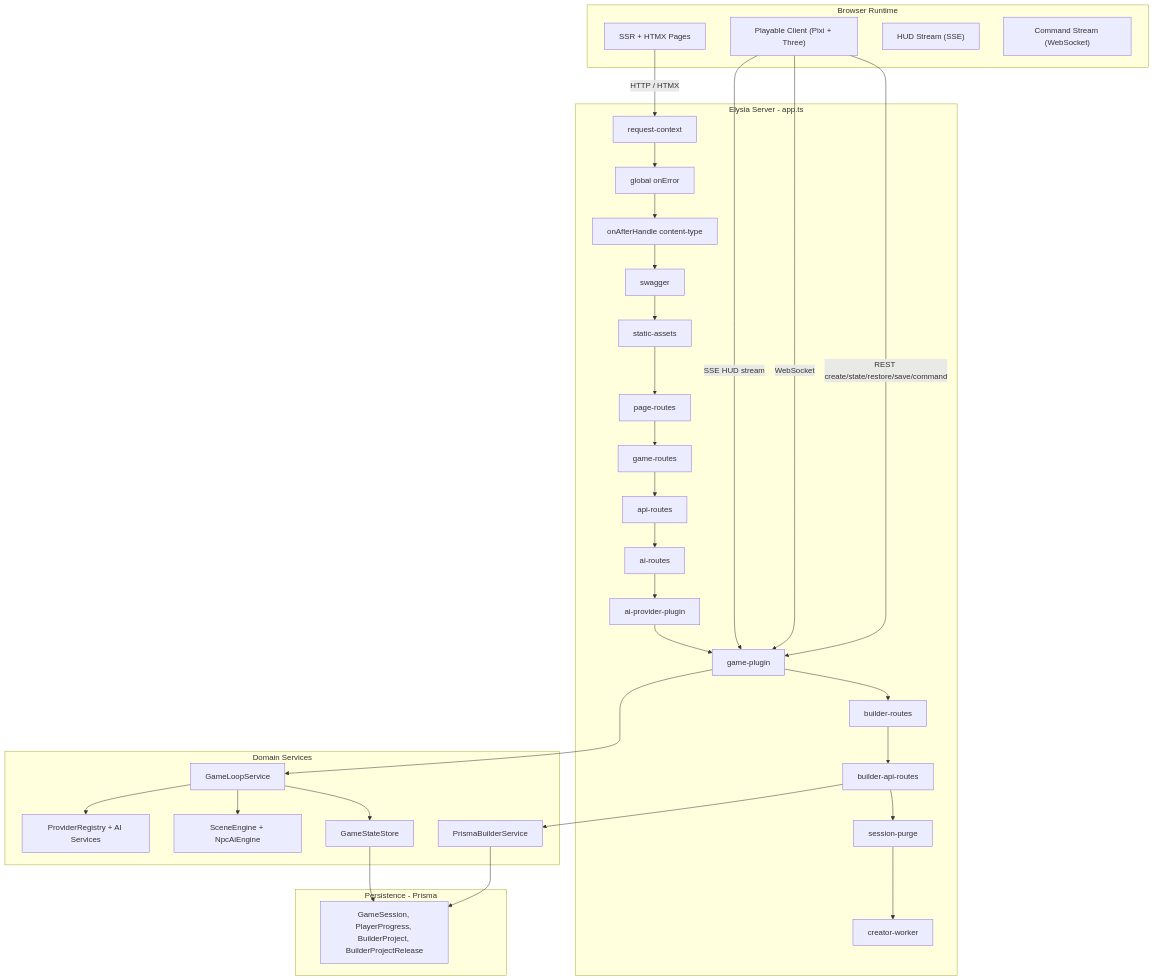
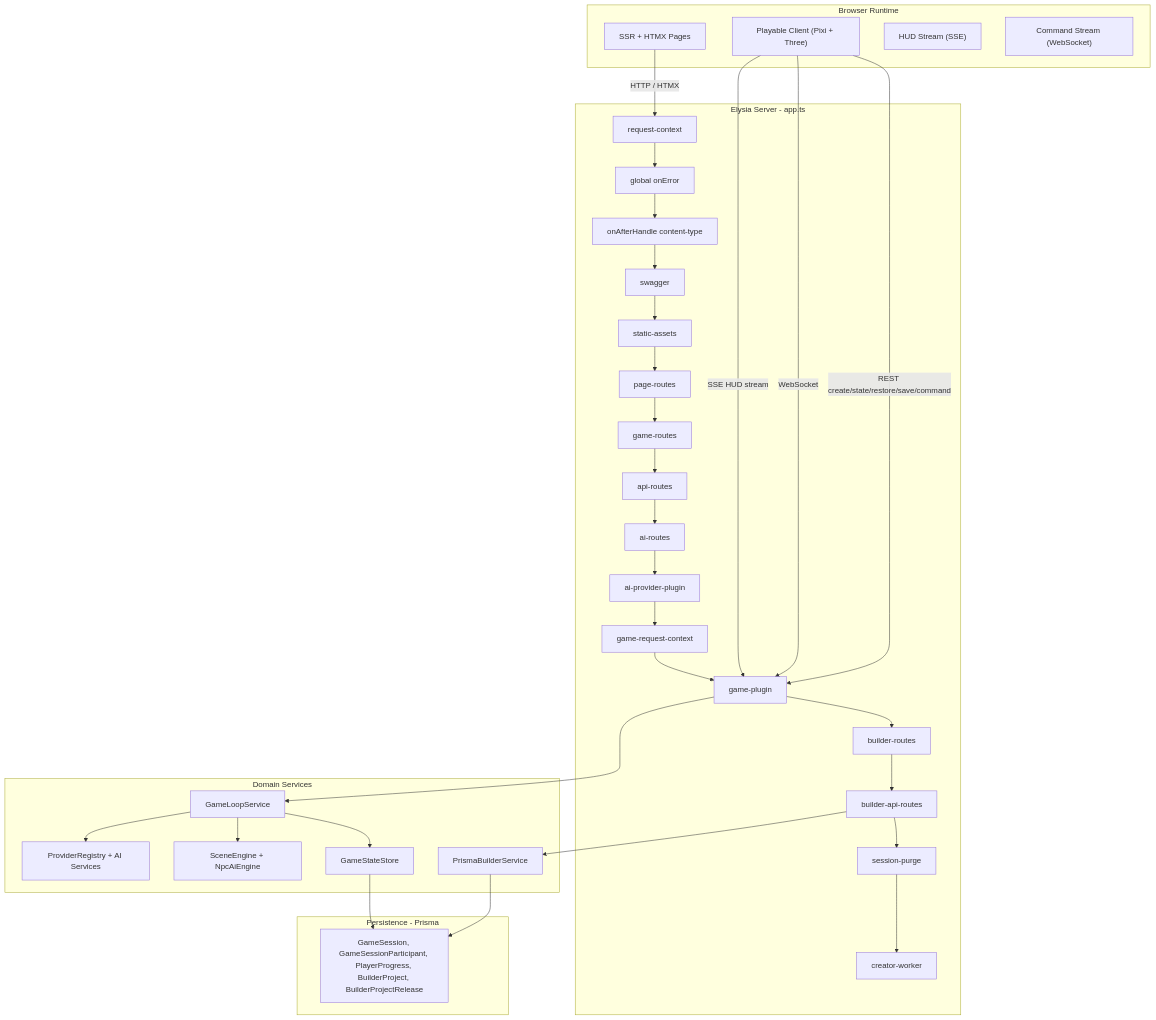
One commit to d4551/tea changed the first of 13 diagrams in README.md. Above: the diagram before and after it, drawn with Mermaid. The commit also changed other lines of this file and 11 other files, not shown here.

Commit message:
Add multiplayer presence and sync architecture docs

````diff
--- a/README.md
+++ b/README.md
@@ -149,52 +153,53 @@
 ```mermaid
 graph TB
   subgraph Browser["Browser Runtime"]
     SSR["SSR + HTMX Pages"]
     CLIENT["Playable Client (Pixi + Three)"]
     SSEHUD["HUD Stream (SSE)"]
     WS["Command Stream (WebSocket)"]
   end
 
   subgraph Elysia["Elysia Server - app.ts"]
     RC["request-context"]
     EH["global onError"]
     CT["onAfterHandle content-type"]
     SW["swagger"]
     SA["static-assets"]
     PR["page-routes"]
     GR["game-routes"]
     AR["api-routes"]
     AIR["ai-routes"]
     AIP["ai-provider-plugin"]
+    GRC["game-request-context"]
     GP["game-plugin"]
     BR["builder-routes"]
     BA["builder-api-routes"]
     SP["session-purge"]
     CW["creator-worker"]
   end
 
   subgraph Domain["Domain Services"]
     LOOP["GameLoopService"]
     STORE["GameStateStore"]
     SCENE["SceneEngine + NpcAiEngine"]
     BUILDER["PrismaBuilderService"]
     AI["ProviderRegistry + AI Services"]
   end
 
   subgraph Storage["Persistence - Prisma"]
-    DB["GameSession, PlayerProgress, BuilderProject, BuilderProjectRelease"]
+    DB["GameSession, GameSessionParticipant, PlayerProgress, BuilderProject, BuilderProjectRelease"]
   end
 
   SSR -->|HTTP / HTMX| RC
   CLIENT -->|REST create/state/restore/save/command| GP
   CLIENT -->|WebSocket| GP
   CLIENT -->|SSE HUD stream| GP
-  RC --> EH --> CT --> SW --> SA --> PR --> GR --> AR --> AIR --> AIP --> GP --> BR --> BA --> SP --> CW
+  RC --> EH --> CT --> SW --> SA --> PR --> GR --> AR --> AIR --> AIP --> GRC --> GP --> BR --> BA --> SP --> CW
   GP --> LOOP
   LOOP --> STORE
   LOOP --> SCENE
   LOOP --> AI
   STORE --> DB
   BA --> BUILDER
   BUILDER --> DB
 ```
````
